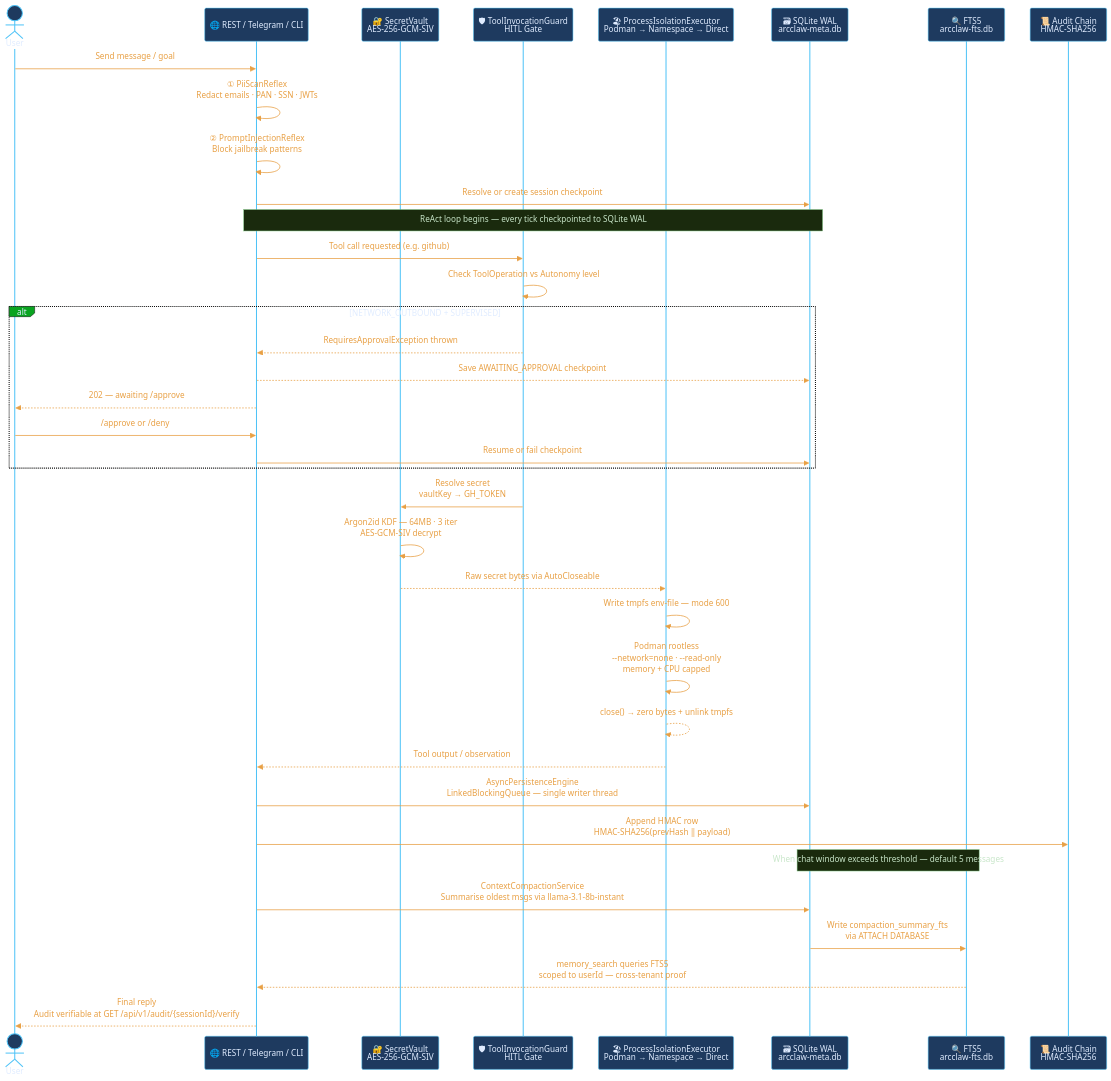
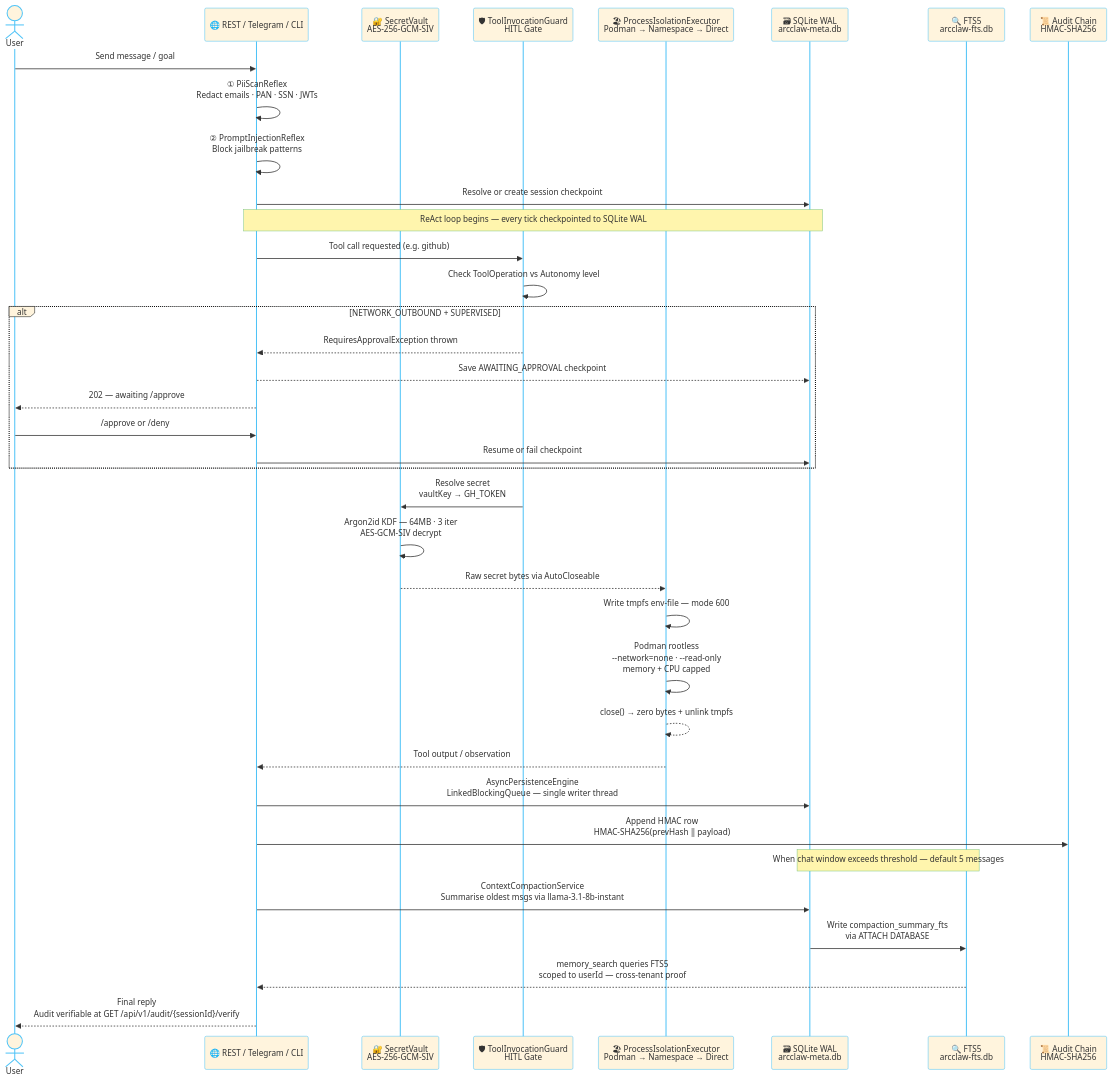
One commit to rsrini7/AmshaAgent changed the seventh of 8 diagrams in README.md. Above: the diagram before and after it, drawn with Mermaid. The commit also changed other lines of this file, not shown here.

Commit message:
docs: simplify mermaid diagram theme variable definitions

````diff
--- a/README.md
+++ b/README.md
@@ -667,50 +643,50 @@
 ```mermaid
-%%{init: {'theme': 'base', 'themeVariables': {'background': '#09a420', 'mainBkg': '#09a420', 'primaryColor': '#1e3a5f', 'primaryTextColor': '#2092ff', 'primaryBorderColor': '#4fc3f7', 'lineColor': '#4fc3f7', 'secondaryColor': '#122030', 'tertiaryColor': '#808080', 'activationBorderColor': '#4fc3f7', 'activationBkgColor': '#1e3a5f', 'actorBkg': '#1e3a5f', 'actorBorder': '#4fc3f7', 'actorTextColor': '#e0ecff', 'actorLineColor': '#4fc3f7', 'signalColor': '#e8a045', 'signalTextColor': '#e8a045', 'labelBoxBkgColor': '#09a420', 'labelBoxBorderColor': '#0b0c0cff', 'labelTextColor': '#e0ecff', 'loopTextColor': '#e0ecff', 'noteBkgColor': '#1a2a0d', 'noteBorderColor': '#81c784', 'noteTextColor': '#c8e6c9', 'edgeLabelBackground': '#0d1420', 'fontSize': '13px'}}}%%
+%%{init: {'theme': 'base', 'themeVariables': {'primaryBorderColor': '#4fc3f7', 'lineColor': '#4fc3f7', 'activationBorderColor': '#4fc3f7', 'actorBorder': '#4fc3f7', 'actorLineColor': '#4fc3f7','labelBoxBorderColor': '#0b0c0cff', 'noteBorderColor': '#81c784', 'fontSize': '13px'}}}%%
 sequenceDiagram
     actor User
     participant API as 🌐 REST / Telegram / CLI
     participant Vault as 🔐 SecretVault<br/>AES-256-GCM-SIV
     participant Guard as 🛡 ToolInvocationGuard<br/>HITL Gate
     participant Sandbox as 🏖 ProcessIsolationExecutor<br/>Podman → Namespace → Direct
     participant SQLite as 🗃 SQLite WAL<br/>arcclaw-meta.db
     participant FTS as 🔍 FTS5<br/>arcclaw-fts.db
     participant Audit as 📜 Audit Chain<br/>HMAC-SHA256
 
     User->>API: Send message / goal
     API->>API: ① PiiScanReflex<br/>Redact emails · PAN · SSN · JWTs
     API->>API: ② PromptInjectionReflex<br/>Block jailbreak patterns
     API->>SQLite: Resolve or create session checkpoint
 
     Note over API,SQLite: ReAct loop begins — every tick checkpointed to SQLite WAL
 
     API->>Guard: Tool call requested (e.g. github)
     Guard->>Guard: Check ToolOperation vs Autonomy level
 
     alt NETWORK_OUTBOUND + SUPERVISED
         Guard-->>API: RequiresApprovalException thrown
         API-->>SQLite: Save AWAITING_APPROVAL checkpoint
         API-->>User: 202 — awaiting /approve
         User->>API: /approve or /deny
         API->>SQLite: Resume or fail checkpoint
     end
 
     Guard->>Vault: Resolve secret<br/>vaultKey → GH_TOKEN
     Vault->>Vault: Argon2id KDF — 64MB · 3 iter<br/>AES-GCM-SIV decrypt
     Vault-->>Sandbox: Raw secret bytes via AutoCloseable
 
     Sandbox->>Sandbox: Write tmpfs env-file — mode 600
     Sandbox->>Sandbox: Podman rootless<br/>--network=none · --read-only<br/>memory + CPU capped
     Sandbox-->>Sandbox: close() → zero bytes + unlink tmpfs
 
     Sandbox-->>API: Tool output / observation
     API->>SQLite: AsyncPersistenceEngine<br/>LinkedBlockingQueue — single writer thread
     API->>Audit: Append HMAC row<br/>HMAC-SHA256(prevHash ‖ payload)
 
     Note over SQLite,FTS: When chat window exceeds threshold — default 5 messages
 
     API->>SQLite: ContextCompactionService<br/>Summarise oldest msgs via llama-3.1-8b-instant
     SQLite->>FTS: Write compaction_summary_fts<br/>via ATTACH DATABASE
     FTS-->>API: memory_search queries FTS5<br/>scoped to userId — cross-tenant proof
 
     API-->>User: Final reply<br/>Audit verifiable at GET /api/v1/audit/{sessionId}/verify
 ```
````
